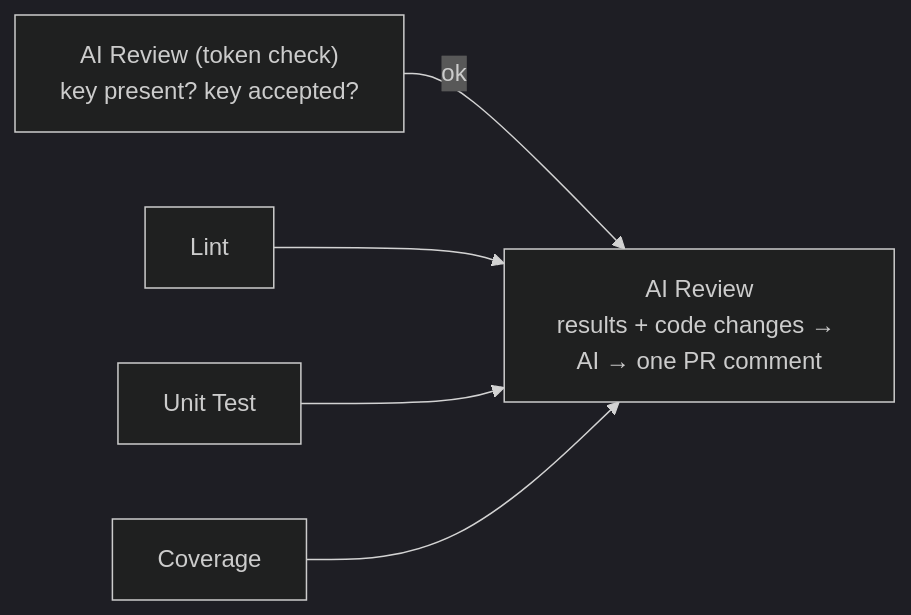
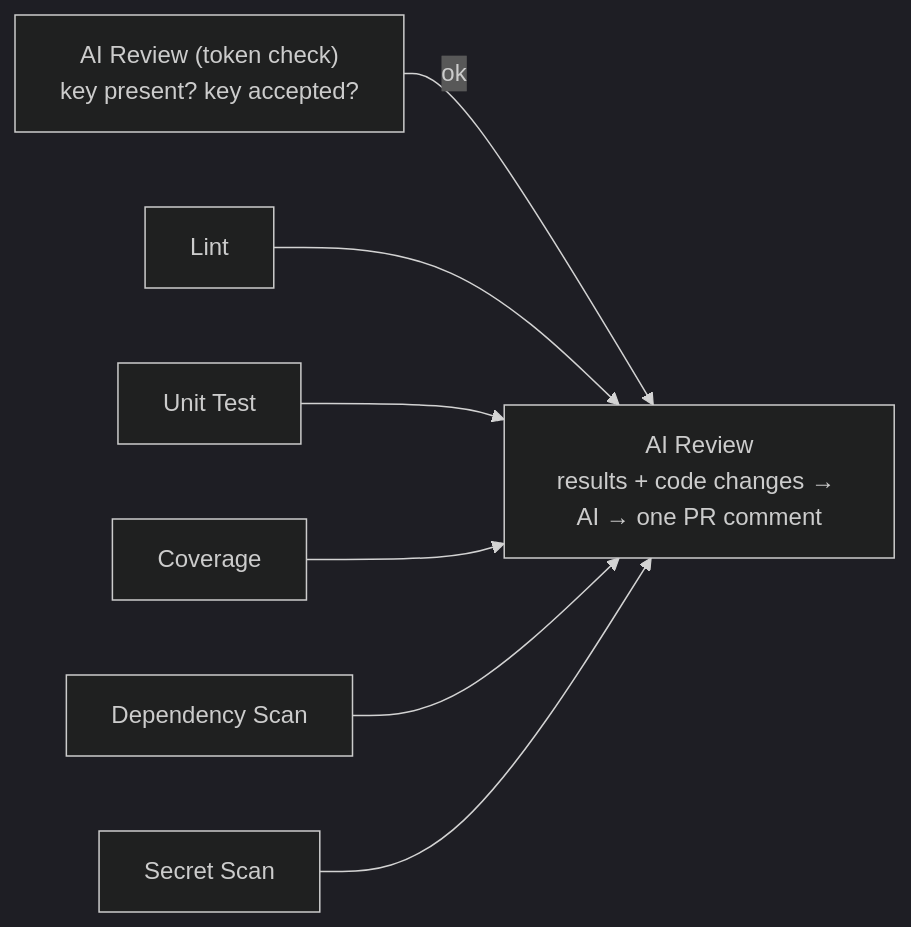
Before and after one commit to DevAnsh-Digital-Solutions/github-action-runner: the first of 3 diagrams in README.md, drawn with Mermaid (dark theme). The commit also changed other lines of this file and 6 other files, not shown here.

First line of the commit message:
llm-review: read dependency and secret scans; verdict follows the checks

````diff
--- a/README.md
+++ b/README.md
@@ -502,8 +502,10 @@
 ```mermaid
 flowchart LR
     pre["AI Review (token check)<br/>key present? key accepted?"] -->|ok| rev
     lint["Lint"] --> rev
     ut["Unit Test"] --> rev
     cov["Coverage"] --> rev
+    dep["Dependency Scan"] --> rev
+    sec["Secret Scan"] --> rev
     rev["AI Review<br/>results + code changes → AI → one PR comment"]
 ```
````
